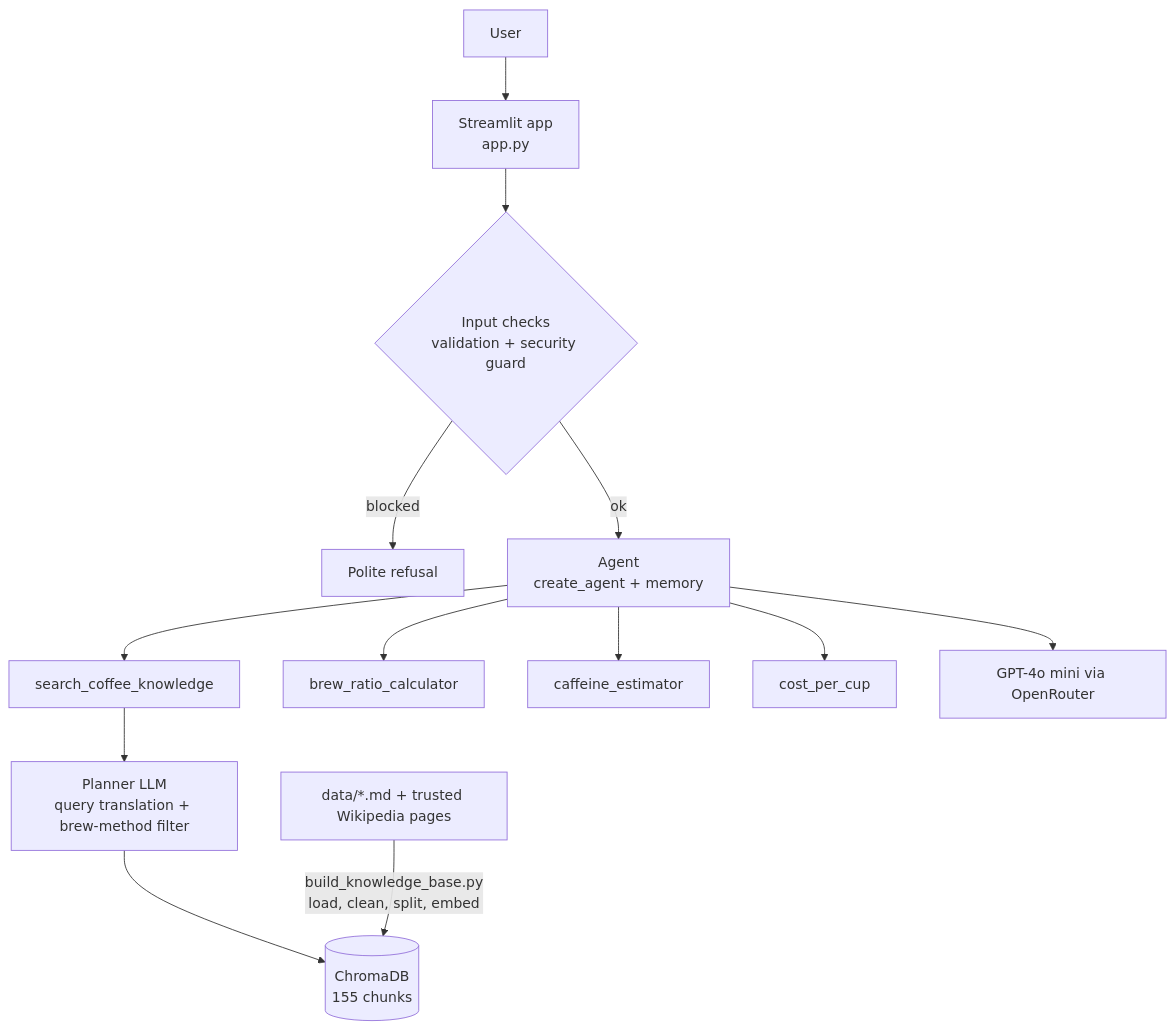
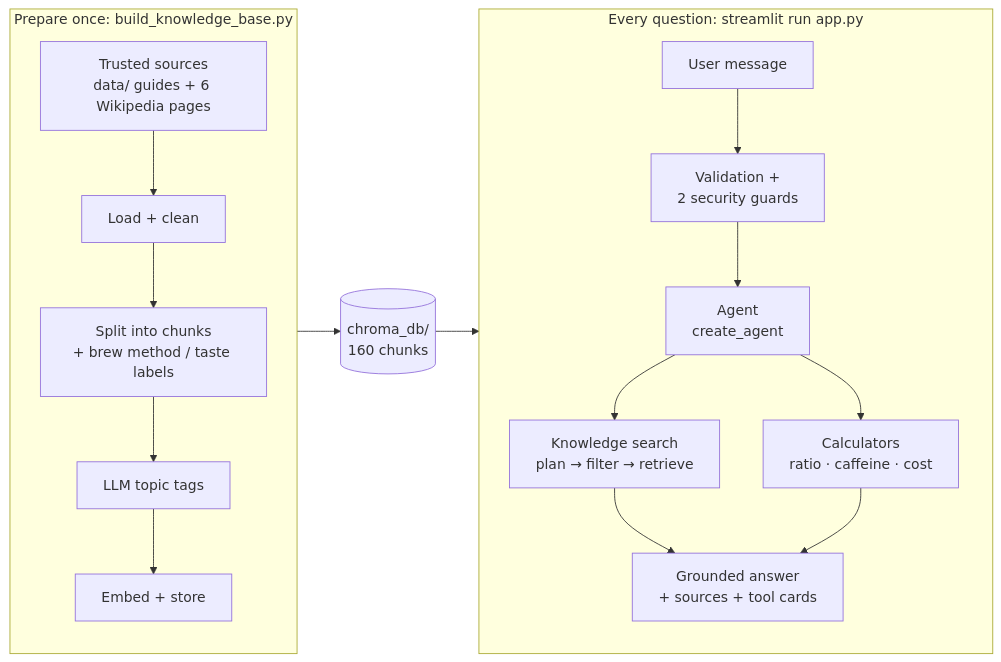
The first of 12 diagrams in README.md (MinalBorse/Sprint-2home-barista-assistant), drawn with Mermaid before and after one commit. The commit also changed other lines of this file, not shown here.

````diff
--- a/README.md
+++ b/README.md
@@ -41,15 +61,25 @@
 ```mermaid
-flowchart TD
-    U[User] --> UI[Streamlit app<br/>app.py]
-    UI --> G{Input checks<br/>validation + security guard}
-    G -->|blocked| R[Polite refusal]
-    G -->|ok| A[Agent<br/>create_agent + memory]
-    A --> S[search_coffee_knowledge]
-    A --> T1[brew_ratio_calculator]
-    A --> T2[caffeine_estimator]
-    A --> T3[cost_per_cup]
-    S --> P[Planner LLM<br/>query translation + brew-method filter]
-    P --> C[(ChromaDB<br/>155 chunks)]
-    D[data/*.md + trusted Wikipedia pages] -->|build_knowledge_base.py<br/>load, clean, split, embed| C
-    A --> LLM[GPT-4o mini via OpenRouter]
+flowchart LR
+    subgraph BUILD["Prepare once: build_knowledge_base.py"]
+        direction TB
+        S["Trusted sources<br/>data/ guides + 6 Wikipedia pages"] --> L["Load + clean"]
+        L --> SP["Split into chunks<br/>+ brew method / taste labels"]
+        SP --> T["LLM topic tags"]
+        T --> E["Embed + store"]
+    end
+
+    DB[("chroma_db/<br/>160 chunks")]
+
+    subgraph APP["Every question: streamlit run app.py"]
+        direction TB
+        U["User message"] --> G["Validation +<br/>2 security guards"]
+        G --> A["Agent<br/>create_agent"]
+        A --> R["Knowledge search<br/>plan → filter → retrieve"]
+        A --> C["Calculators<br/>ratio · caffeine · cost"]
+        R --> ANS["Grounded answer<br/>+ sources + tool cards"]
+        C --> ANS
+    end
+
+    E --> DB
+    DB --> R
 ```
````
